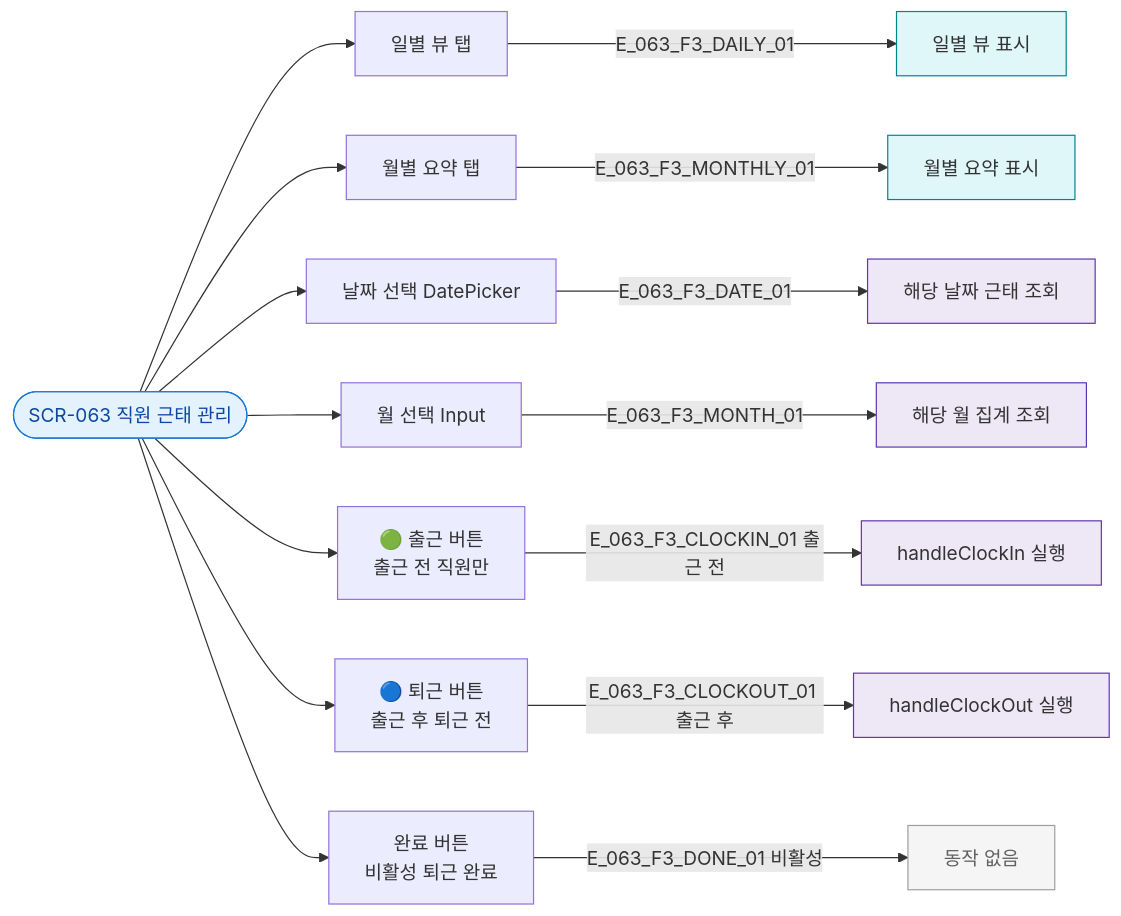
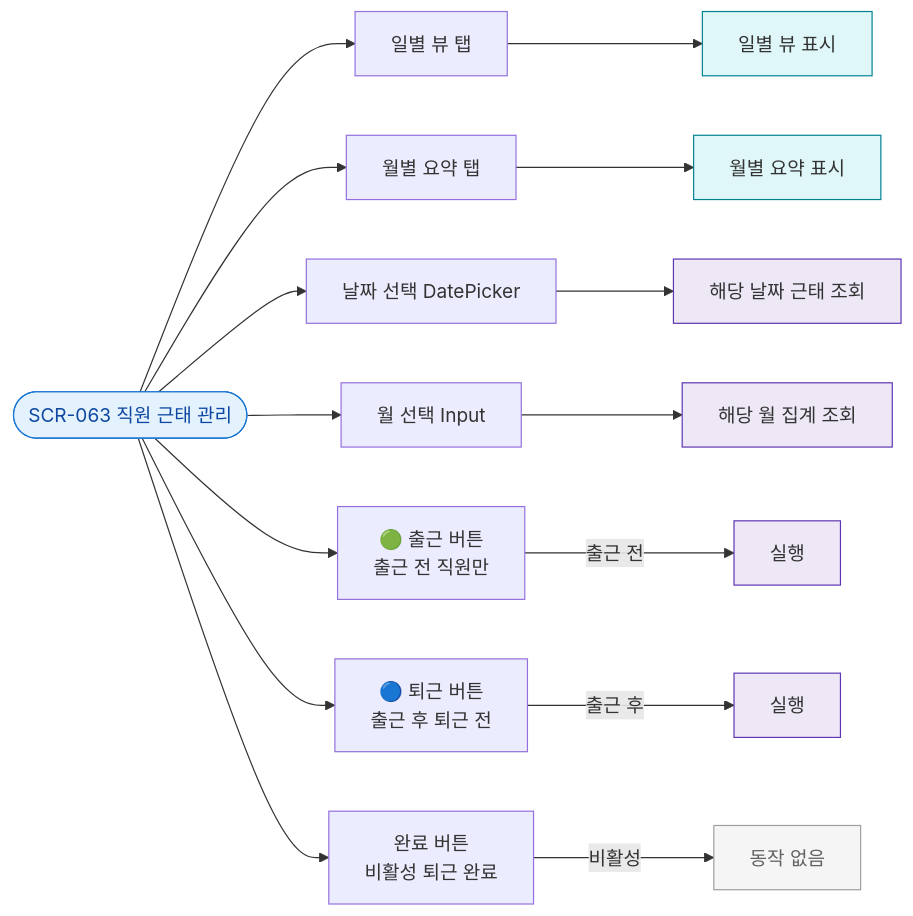
One commit to dev-spogym/admin-pando changed the diagram in docs/다이어그램/D07_직원관리/SCR-063_직원근태관리/F3_버튼액션.md. Above: the diagram before and after it, drawn with Mermaid. The commit also changed other lines of this file and 1660 other files, not shown here.

First line of the commit message:
다이어그램: 기획자/클라이언트 납품본으로 정리

````diff
--- a/docs/다이어그램/D07_직원관리/SCR-063_직원근태관리/F3_버튼액션.md
+++ b/docs/다이어그램/D07_직원관리/SCR-063_직원근태관리/F3_버튼액션.md
@@ -18,38 +16,38 @@
 ```mermaid
 flowchart LR
   SCR_063([SCR-063 직원 근태 관리])
 
   TAB_DAILY[일별 뷰 탭]
   TAB_MONTHLY[월별 요약 탭]
   BTN_DATE[날짜 선택 DatePicker]
   BTN_MONTH[월 선택 Input]
   BTN_CLOCKIN[🟢 출근 버튼\n출근 전 직원만]
   BTN_CLOCKOUT[🔵 퇴근 버튼\n출근 후 퇴근 전]
   BTN_DONE[완료 버튼\n비활성 퇴근 완료]
 
   SCR_063 --> TAB_DAILY
   SCR_063 --> TAB_MONTHLY
   SCR_063 --> BTN_DATE
   SCR_063 --> BTN_MONTH
   SCR_063 --> BTN_CLOCKIN
   SCR_063 --> BTN_CLOCKOUT
   SCR_063 --> BTN_DONE
 
-  TAB_DAILY -->|E_063_F3_DAILY_01| SHOW_DAILY[일별 뷰 표시]
-  TAB_MONTHLY -->|E_063_F3_MONTHLY_01| SHOW_MONTHLY[월별 요약 표시]
-  BTN_DATE -->|E_063_F3_DATE_01| LOAD_DATE[해당 날짜 근태 조회]
-  BTN_MONTH -->|E_063_F3_MONTH_01| LOAD_MONTH[해당 월 집계 조회]
-  BTN_CLOCKIN -->|E_063_F3_CLOCKIN_01 출근 전| CLOCKIN[handleClockIn 실행]
-  BTN_CLOCKOUT -->|E_063_F3_CLOCKOUT_01 출근 후| CLOCKOUT[handleClockOut 실행]
-  BTN_DONE -->|E_063_F3_DONE_01 비활성| NOOP[동작 없음]
+  TAB_DAILY --> SHOW_DAILY[일별 뷰 표시]
+  TAB_MONTHLY --> SHOW_MONTHLY[월별 요약 표시]
+  BTN_DATE --> LOAD_DATE[해당 날짜 근태 조회]
+  BTN_MONTH --> LOAD_MONTH[해당 월 집계 조회]
+  BTN_CLOCKIN -->|출근 전|CLOCKIN[실행]
+  BTN_CLOCKOUT -->|출근 후|CLOCKOUT[실행]
+  BTN_DONE -->|비활성|NOOP[동작 없음]
 
-  classDef screen  fill:#E3F2FD,stroke:#1976D2,color:#0D47A1
-  classDef system  fill:#EDE7F6,stroke:#5E35B2
+  classDef screen fill:#E3F2FD,stroke:#1976D2,color:#0D47A1
+  classDef system fill:#EDE7F6,stroke:#5E35B2
   classDef rbacBlocked fill:#F5F5F5,stroke:#9E9E9E,color:#616161
-  classDef info    fill:#E0F7FA,stroke:#00838F
+  classDef info fill:#E0F7FA,stroke:#00838F
 
   class SCR_063 screen
   class CLOCKIN,CLOCKOUT,LOAD_DATE,LOAD_MONTH system
   class SHOW_DAILY,SHOW_MONTHLY info
   class NOOP rbacBlocked
 ```
````
